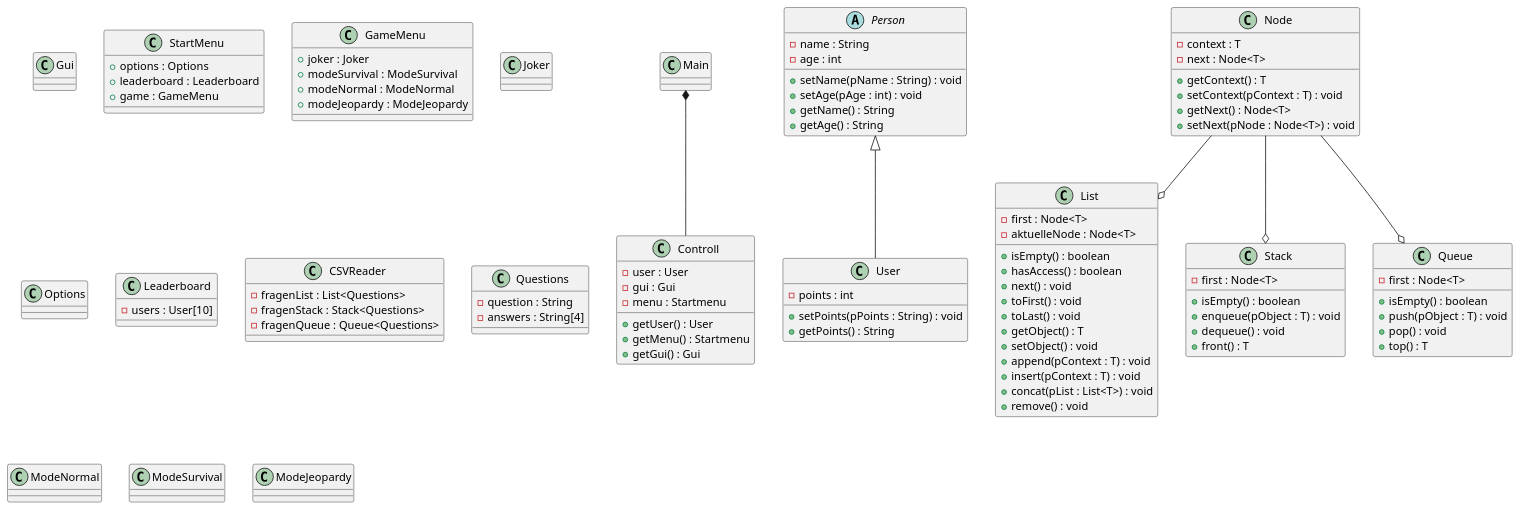
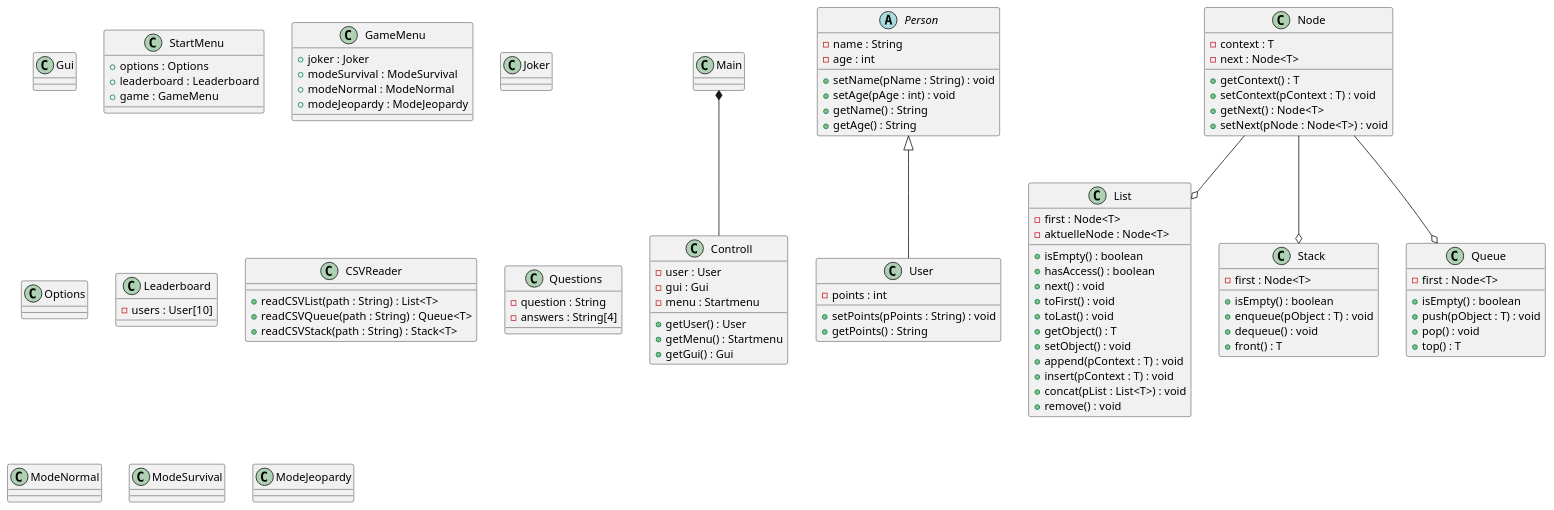
One commit to Kevin-Kroeger/dynamische-Datenstrukturen-Team-4 changed the diagram in doku/lastenheft/Diagramme/Klassendiagramm.puml. Above: the diagram before and after it, drawn with PlantUML.

Commit message:
[CHA] Klassendiagramm.puml

```diff
--- a/doku/lastenheft/Diagramme/Klassendiagramm.puml
+++ b/doku/lastenheft/Diagramme/Klassendiagramm.puml
@@ -1,141 +1,142 @@
 @startuml
 'https://plantuml.com/class-diagram
 
  class Main
 
  class Controll{
  - user : User
  - gui : Gui
  - menu : Startmenu
  + getUser() : User
  + getMenu() : Startmenu
  + getGui() : Gui
  }
 
  class User{
  - points : int
 
  + setPoints(pPoints : String) : void
  + getPoints() : String
  }
 
  abstract class Person{
  - name : String
  - age : int
 
  + setName(pName : String) : void
  + setAge(pAge : int) : void
  + getName() : String
  + getAge() : String
  }
 
  class Gui{
 
  }
 
  class StartMenu{
  + options : Options
  + leaderboard : Leaderboard
  + game : GameMenu
  }
 
  class GameMenu{
  + joker : Joker
  + modeSurvival : ModeSurvival
  + modeNormal : ModeNormal
  + modeJeopardy : ModeJeopardy
  }
 
  class Joker{
 
  }
 
  class Options{
 
  }
 
  class Leaderboard{
  - users : User[10]
  }
 
  class CSVReader{
- - fragenList : List<Questions>
- - fragenStack : Stack<Questions>
- - fragenQueue : Queue<Questions>
+ + readCSVList(path : String) : List<T>
+ + readCSVQueue(path : String) : Queue<T>
+ + readCSVStack(path : String) : Stack<T>
+
  }
 
  class Node{
  - context : T
  - next : Node<T>
 
  + getContext() : T
  + setContext(pContext : T) : void
  + getNext() : Node<T>
  + setNext(pNode : Node<T>) : void
  }
 
  class List{
  - first : Node<T>
  - aktuelleNode : Node<T>
 
  + isEmpty() : boolean
  + hasAccess() : boolean
  + next() : void
  + toFirst() : void
  + toLast() : void
  + getObject() : T
  + setObject() : void
  + append(pContext : T) : void
  + insert(pContext : T) : void
  + concat(pList : List<T>) : void
  + remove() : void
  }
 
  class Stack{
  - first : Node<T>
 
  + isEmpty() : boolean
  + enqueue(pObject : T) : void
  + dequeue() : void
  + front() : T
  }
 
  class Queue{
  - first : Node<T>
 
  + isEmpty() : boolean
  + push(pObject : T) : void
  + pop() : void
  + top() : T
  }
 
  class Questions{
  - question : String
  - answers : String[4]
  }
 
  class ModeNormal{
 
  }
 
  class ModeSurvival{
 
  }
 
  class ModeJeopardy{
 
  }
 
 
 
  Main *-- Controll
 
  Person <|-- User
 
  Node --o Stack
  Node --o Queue
  Node --o List
 
 
 
 @enduml
```
